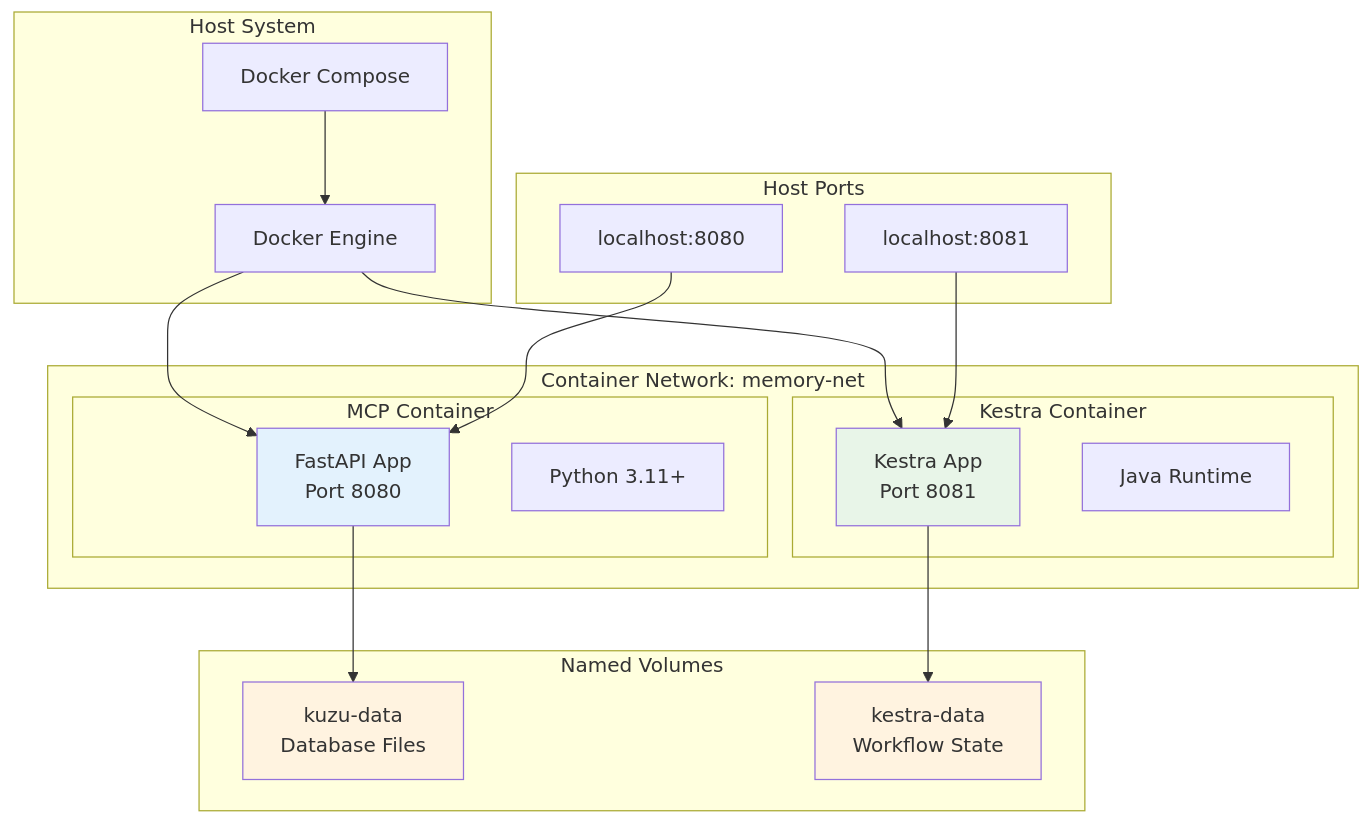
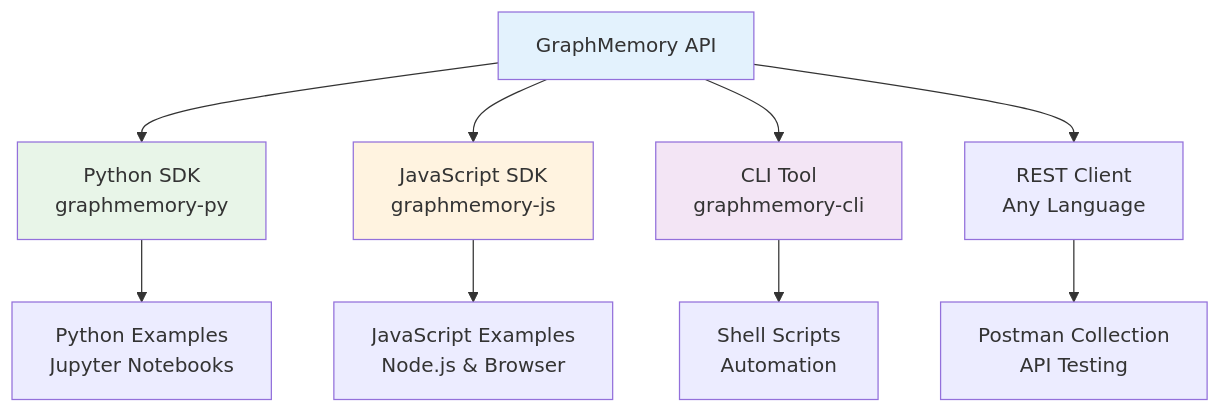
Before and after one commit to elementalcollision/GraphMemory-IDE: the tenth of 17 diagrams in README.md, drawn with Mermaid. The commit also changed other lines of this file and 23 other files, not shown here.

````diff
--- a/README.md
+++ b/README.md
@@ -551,44 +587,17 @@
 ```mermaid
-graph TB
-    subgraph "Host System"
-        DOCKER[Docker Engine]
-        COMPOSE[Docker Compose]
-    end
+graph TD
+    API[GraphMemory API] --> PYTHON[Python SDK<br/>graphmemory-py]
+    API --> JS[JavaScript SDK<br/>graphmemory-js]
+    API --> CLI[CLI Tool<br/>graphmemory-cli]
+    API --> REST[REST Client<br/>Any Language]
     
-    subgraph "Container Network: memory-net"
-        subgraph "MCP Container"
-            MCPAPP[FastAPI App<br/>Port 8080]
-            PYTHON[Python 3.11+]
-        end
-        
-        subgraph "Kestra Container"
-            KESTAPP[Kestra App<br/>Port 8081]
-            JAVA[Java Runtime]
-        end
-    end
+    PYTHON --> EXAMPLES_PY[Python Examples<br/>Jupyter Notebooks]
+    JS --> EXAMPLES_JS[JavaScript Examples<br/>Node.js & Browser]
+    CLI --> SCRIPTS[Shell Scripts<br/>Automation]
+    REST --> POSTMAN[Postman Collection<br/>API Testing]
     
-    subgraph "Named Volumes"
-        KUZUVOL[kuzu-data<br/>Database Files]
-        KESTRAVOL[kestra-data<br/>Workflow State]
-    end
-    
-    subgraph "Host Ports"
-        PORT8080[localhost:8080]
-        PORT8081[localhost:8081]
-    end
-    
-    COMPOSE --> DOCKER
-    DOCKER --> MCPAPP
-    DOCKER --> KESTAPP
-    
-    MCPAPP --> KUZUVOL
-    KESTAPP --> KESTRAVOL
-    
-    PORT8080 --> MCPAPP
-    PORT8081 --> KESTAPP
-    
-    style MCPAPP fill:#e3f2fd
-    style KESTAPP fill:#e8f5e8
-    style KUZUVOL fill:#fff3e0
-    style KESTRAVOL fill:#fff3e0
+    style API fill:#e3f2fd
+    style PYTHON fill:#e8f5e8
+    style JS fill:#fff3e0
+    style CLI fill:#f3e5f5
 ```
````
